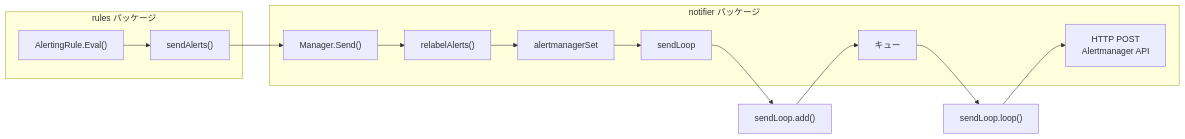
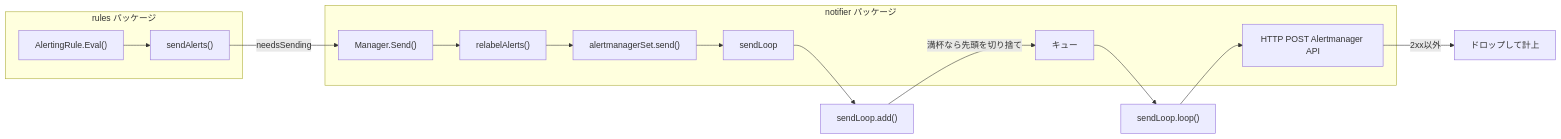
Before and after one commit to miyamadoKL/source-code-reading: the diagram in prometheus/part04-rules/13-alert-notification.md, drawn with Mermaid. The commit also changed other lines of this file and 11 other files, not shown here.

````diff
--- a/prometheus/part04-rules/13-alert-notification.md
+++ b/prometheus/part04-rules/13-alert-notification.md
@@ -22,24 +24,25 @@
 ```mermaid
 flowchart LR
     subgraph rules["rules パッケージ"]
         alertingRule["AlertingRule.Eval()"]
         sendAlerts["sendAlerts()"]
     end
     subgraph notifier["notifier パッケージ"]
         Manager["Manager.Send()"]
         relabel["relabelAlerts()"]
-        alertmanagerSet["alertmanagerSet"]
+        alertmanagerSet["alertmanagerSet.send()"]
         sendLoop["sendLoop"]
         queue["キュー"]
-        httpPost["HTTP POST\nAlertmanager API"]
+        httpPost["HTTP POST Alertmanager API"]
     end
     alertingRule --> sendAlerts
-    sendAlerts --> Manager
+    sendAlerts -->|"needsSending"| Manager
     Manager --> relabel
     relabel --> alertmanagerSet
     alertmanagerSet --> sendLoop
     sendLoop --> add["sendLoop.add()"]
-    add --> queue
+    add -->|"満杯なら先頭を切り捨て"| queue
     queue --> loop["sendLoop.loop()"]
     loop --> httpPost
+    httpPost -->|"2xx以外"| drop["ドロップして計上"]
 ```
````
